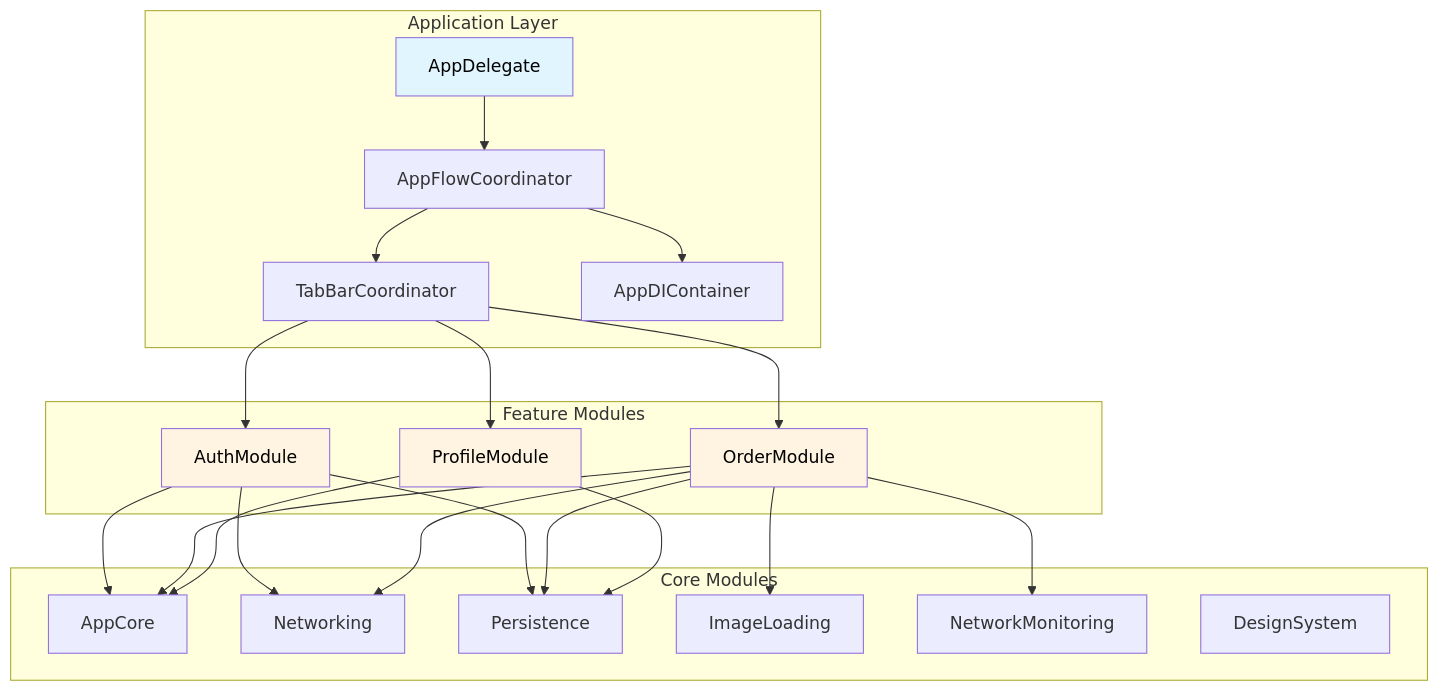
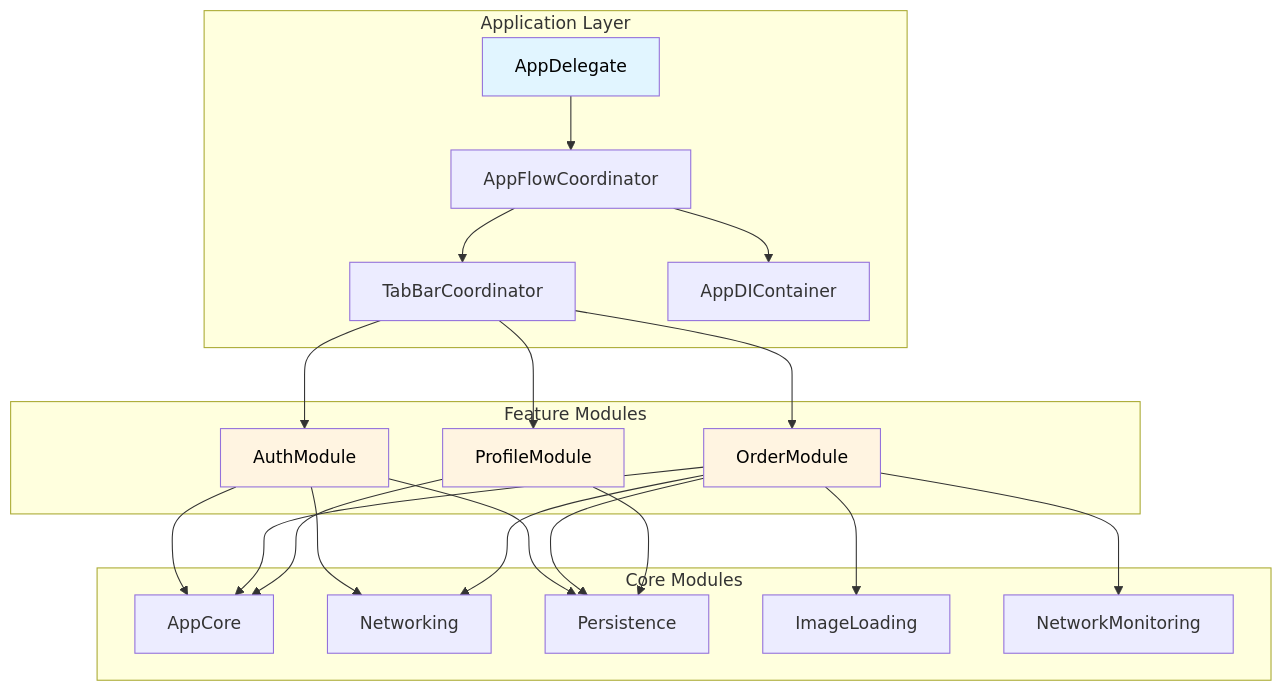
One commit to ameya-vichare/BrewCrewApp changed the diagram in README.md. Above: the diagram before and after it, drawn with Mermaid.

````diff
--- a/README.md
+++ b/README.md
@@ -53,53 +53,52 @@
 ```mermaid
 graph TB
     subgraph "Application Layer"
         App[AppDelegate]
         AppCoord[AppFlowCoordinator]
         TabCoord[TabBarCoordinator]
         DI[AppDIContainer]
     end
     
     subgraph "Feature Modules"
         Auth[AuthModule]
         Order[OrderModule]
         Profile[ProfileModule]
     end
     
     subgraph "Core Modules"
         Core[AppCore]
         Net[Networking]
         Persist[Persistence]
         Img[ImageLoading]
         Monitor[NetworkMonitoring]
-        Design[DesignSystem]
     end
     
     App --> AppCoord
     AppCoord --> DI
     AppCoord --> TabCoord
     TabCoord --> Auth
     TabCoord --> Order
     TabCoord --> Profile
     
     Auth --> Core
     Auth --> Net
     Auth --> Persist
     
     Order --> Core
     Order --> Net
     Order --> Persist
     Order --> Img
     Order --> Monitor
     
     Profile --> Core
     Profile --> Persist
     
     style App fill:#e1f5ff
     style Auth fill:#fff4e1
     style Auth color:#000000
     style Profile color:#000000
     style Order color:#000000
     style Order fill:#fff4e1
     style Profile fill:#fff4e1
     style App color:#000000
 ```
````
